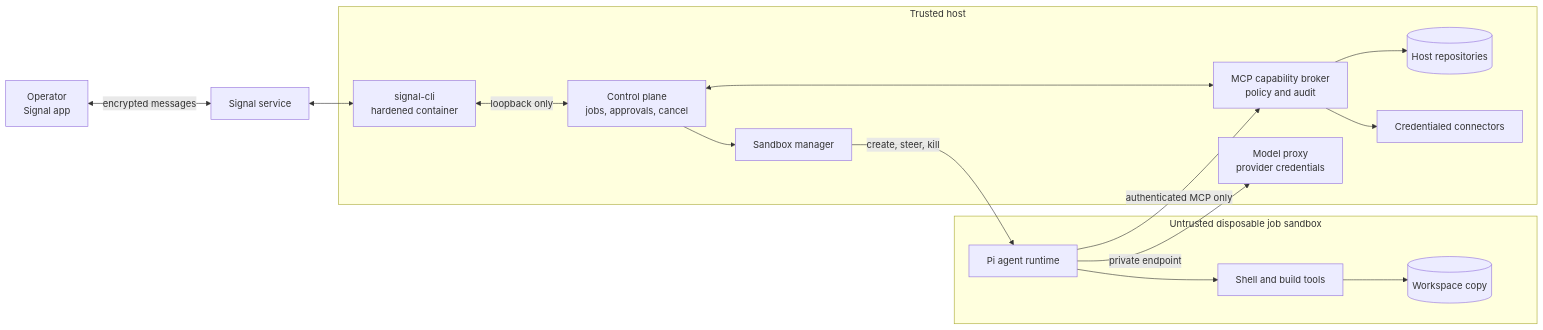
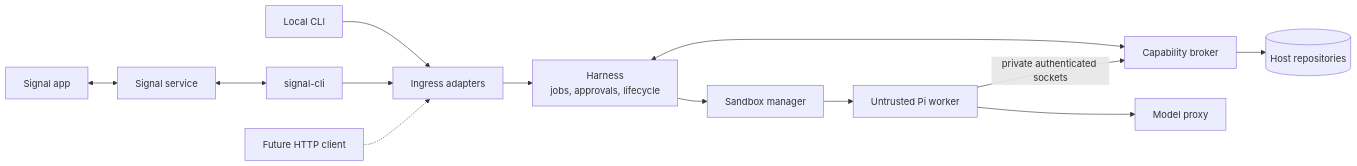
Before and after one commit to josebarrueta/pocket-agent: the diagram in README.md, drawn with Mermaid. The commit also changed other lines of this file and 12 other files, not shown here.

````diff
--- a/README.md
+++ b/README.md
@@ -15,32 +15,13 @@
 ```mermaid
 flowchart LR
-    phone["Operator<br/>Signal app"] <-->|"encrypted messages"| signal["Signal service"]
-
-    subgraph trusted["Trusted host"]
-        signalcli["signal-cli<br/>hardened container"]
-        controller["Control plane<br/>jobs, approvals, cancel"]
-        manager["Sandbox manager"]
-        gateway["MCP capability broker<br/>policy and audit"]
-        model["Model proxy<br/>provider credentials"]
-        repos[("Host repositories")]
-        connectors["Credentialed connectors"]
-
-        signalcli <-->|"loopback only"| controller
-        controller --> manager
-        controller <--> gateway
-        gateway --> repos
-        gateway --> connectors
-    end
-
-    subgraph sandbox["Untrusted disposable job sandbox"]
-        pi["Pi agent runtime"]
-        shell["Shell and build tools"]
-        workspace[("Workspace copy")]
-        pi --> shell --> workspace
-    end
-
-    signal <--> signalcli
-    manager -->|"create, steer, kill"| pi
-    pi -->|"authenticated MCP only"| gateway
-    pi -->|"private endpoint"| model
+    cli["Local CLI"] --> ingress["Ingress adapters"]
+    phone["Signal app"] <--> signal["Signal service"] <--> signalcli["signal-cli"] --> ingress
+    api["Future HTTP client"] -.-> ingress
+    ingress --> harness["Harness<br/>jobs, approvals, lifecycle"]
+    harness --> manager["Sandbox manager"]
+    harness <--> gateway["Capability broker"]
+    manager --> worker["Untrusted Pi worker"]
+    worker -->|"private authenticated sockets"| gateway
+    worker --> model["Model proxy"]
+    gateway --> repos[("Host repositories")]
 ```
````
